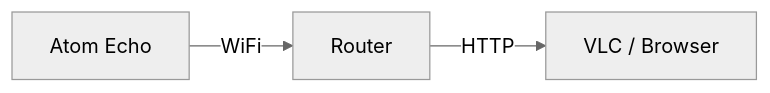
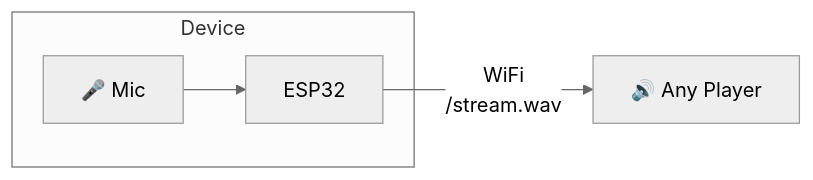
One commit to pashutk/esp32-mic-stream changed the diagram in README.md. Above: the diagram before and after it, drawn with Mermaid (neutral theme).

Commit message:
Update diagram to show audio flow

````diff
--- a/README.md
+++ b/README.md
@@ -9,4 +9,7 @@
 ```mermaid
 flowchart LR
-    A[Atom Echo] -->|WiFi| B[Router] -->|HTTP| C[VLC / Browser]
+    subgraph Device
+        M[🎤 Mic] --> E[ESP32]
+    end
+    E -->|WiFi<br/>/stream.wav| P[🔊 Any Player]
 ```
````
